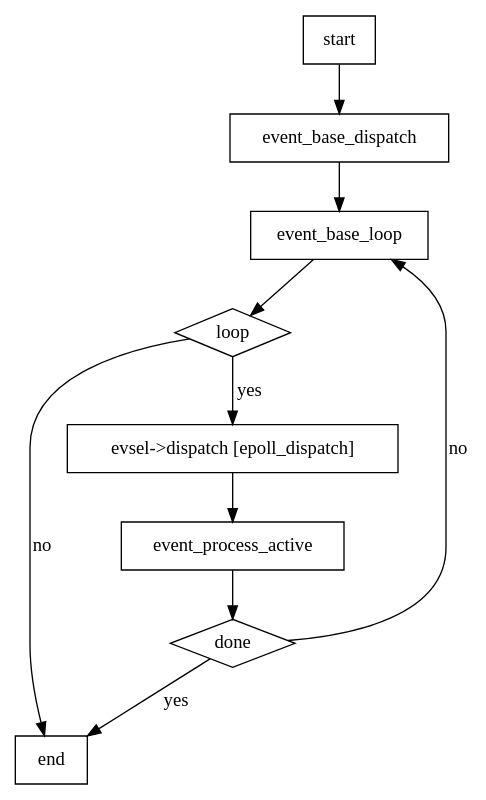
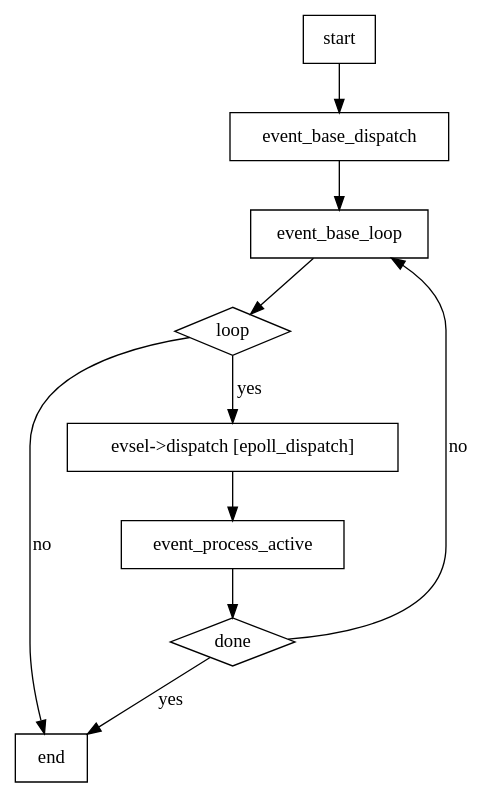
Before and after one commit to NedyWang/nedywang.github.io: the diagram in _posts/2018-01-03-event.markdown, drawn with Graphviz. The commit also changed 1 other file, not shown here.

Commit message:
set markdown as GFM

````diff
--- a/_posts/2018-01-03-event.markdown
+++ b/_posts/2018-01-03-event.markdown
@@ -133,20 +133,20 @@
 ```dot
 digraph G {
-	node [shape=record]
+	node [shape=box]
 	start
 	event_base_dispatch [shape="box"]
 	event_base_loop [shape="box"]
 	loop [shape="diamond"]
 	evselDispatch [shape="box" label="evsel->dispatch [epoll_dispatch]"]
 	event_process_active [shape="box"]
 	done [shape="diamond"]
 	end
 
 	start->event_base_dispatch->event_base_loop->loop
 	loop->end [label="no"]
 	loop->evselDispatch [label="yes"]
 	evselDispatch->event_process_active->done
 	done->end [label="yes"]
 	done->event_base_loop [label="no"]
 }
 ```
````
